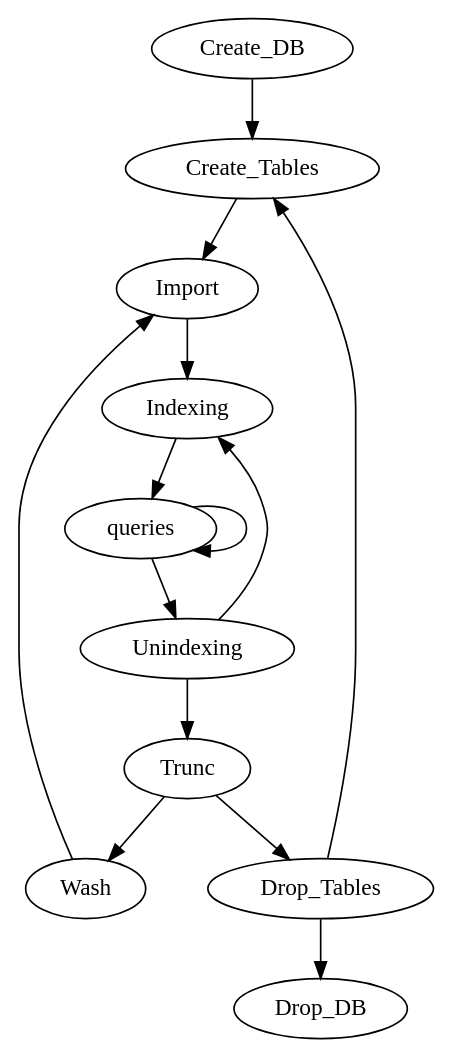
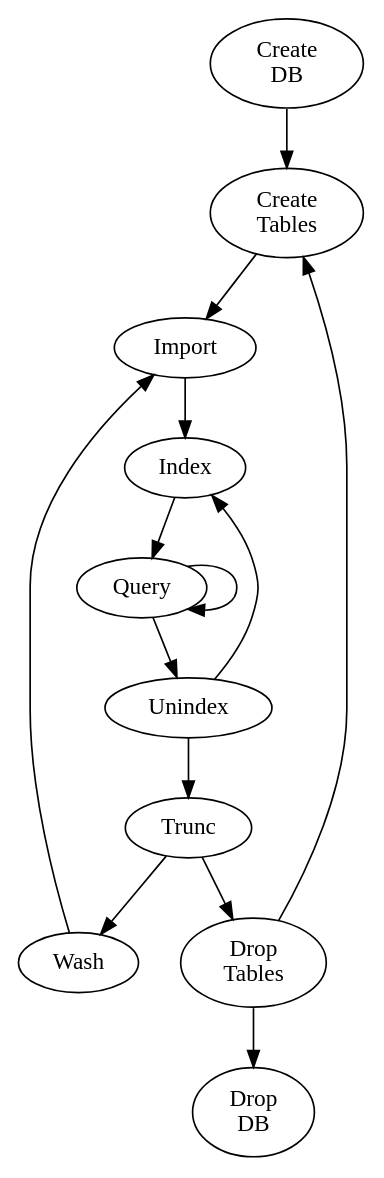
One commit to tieugene/bcerq changed the diagram in doc/WorkFlow.dot. Above: the diagram before and after it, drawn with Graphviz. The commit also changed 37 other files, not shown here.

```diff
--- a/doc/WorkFlow.dot
+++ b/doc/WorkFlow.dot
@@ -1,8 +1,13 @@
+// powered by https://dreampuf.github.io/GraphvizOnline/
 digraph {
     // rankdir=LR;
-    Create_DB -> Create_Tables -> Import -> Indexing -> queries -> Unindexing -> Trunc -> Drop_Tables -> Drop_DB;
-    queries -> queries;
-    Unindexing -> Indexing;
+    MKDB [label="Create\nDB"];
+    DELDB [label="Drop\nDB"];
+    MKTBL [label="Create\nTables"];
+    DELTBL [label="Drop\nTables"];
+    MKDB -> MKTBL -> Import -> Index -> Query -> Unindex -> Trunc -> DELTBL -> DELDB;
+    Query -> Query;
+    Unindex -> Index;
     Trunc -> Wash -> Import;
-    Drop_Tables -> Create_Tables;
+    DELTBL -> MKTBL;
 }
```
